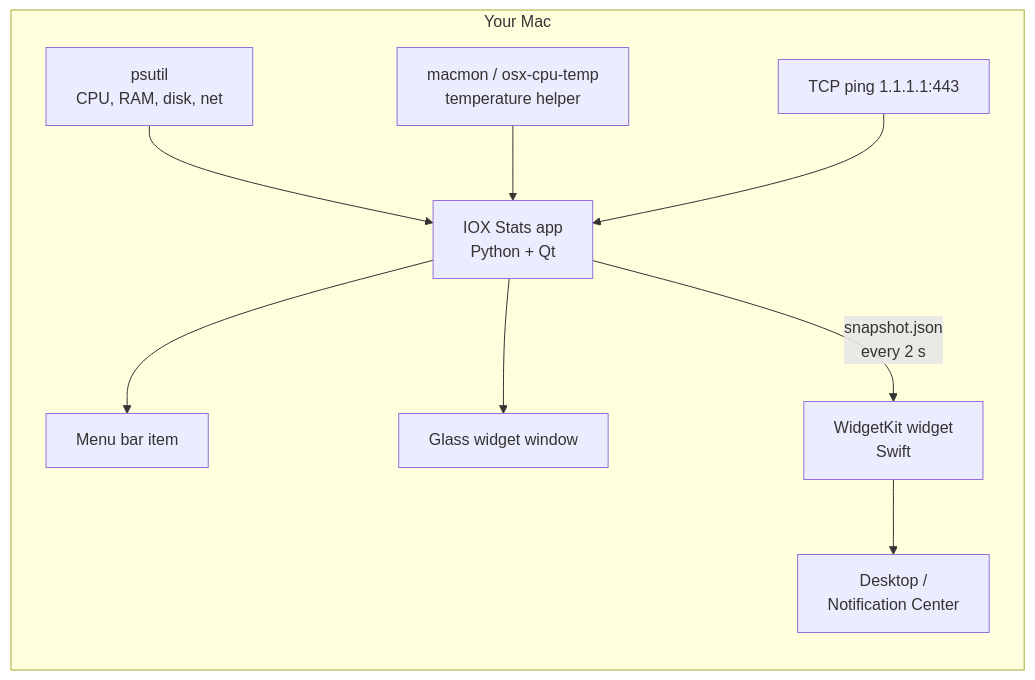
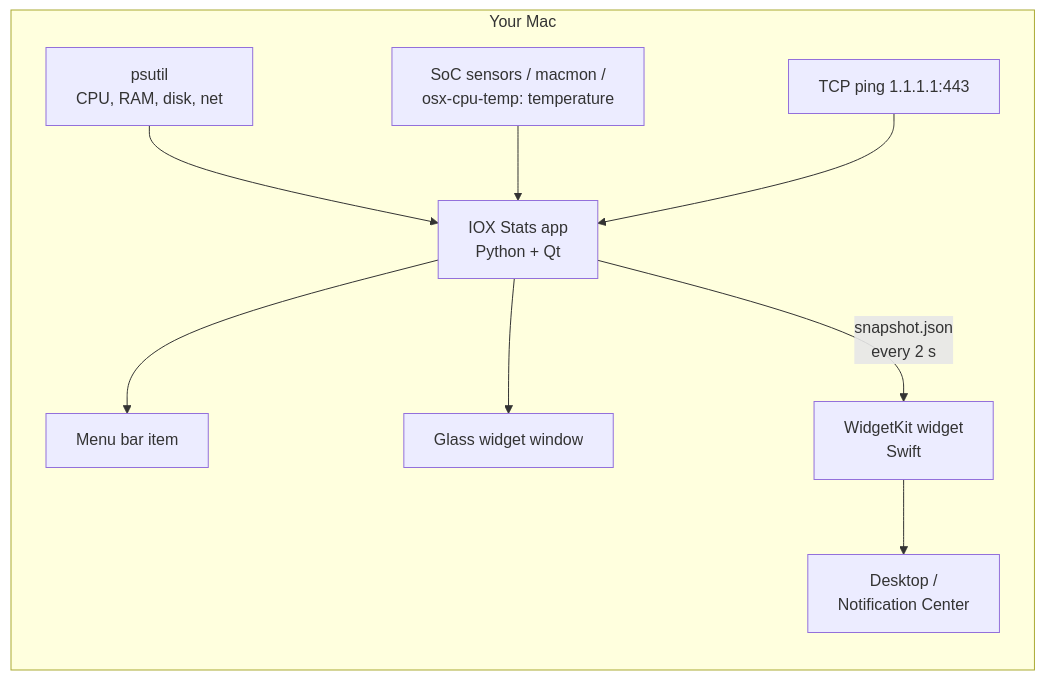
One commit to saxcodez/iox_stats changed the diagram in README.md. Above: the diagram before and after it, drawn with Mermaid. The commit also changed other lines of this file and 491 other files, not shown here.

````diff
--- a/README.md
+++ b/README.md
@@ -48,12 +71,12 @@
 ```mermaid
 flowchart LR
     subgraph mac[Your Mac]
         S[psutil<br/>CPU, RAM, disk, net] --> A
-        H[macmon / osx-cpu-temp<br/>temperature helper] --> A
+        H[SoC sensors / macmon /<br/>osx-cpu-temp: temperature] --> A
         P[TCP ping 1.1.1.1:443] --> A
         A[IOX Stats app<br/>Python + Qt] --> M[Menu bar item]
         A --> W[Glass widget window]
         A -- snapshot.json<br/>every 2 s --> G[WidgetKit widget<br/>Swift]
         G --> D[Desktop /<br/>Notification Center]
     end
 ```
````
